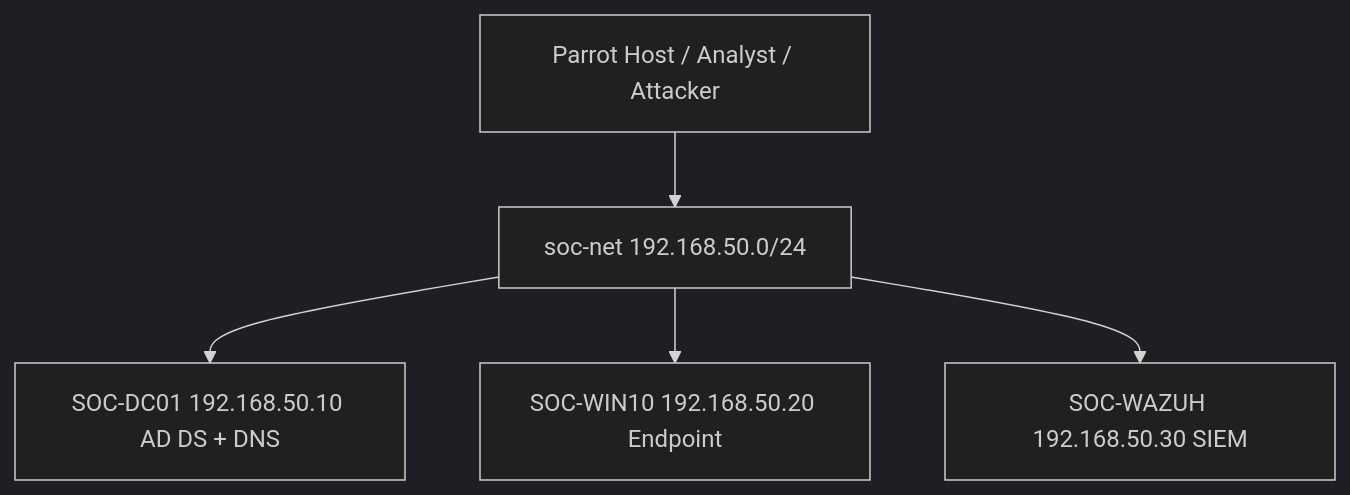
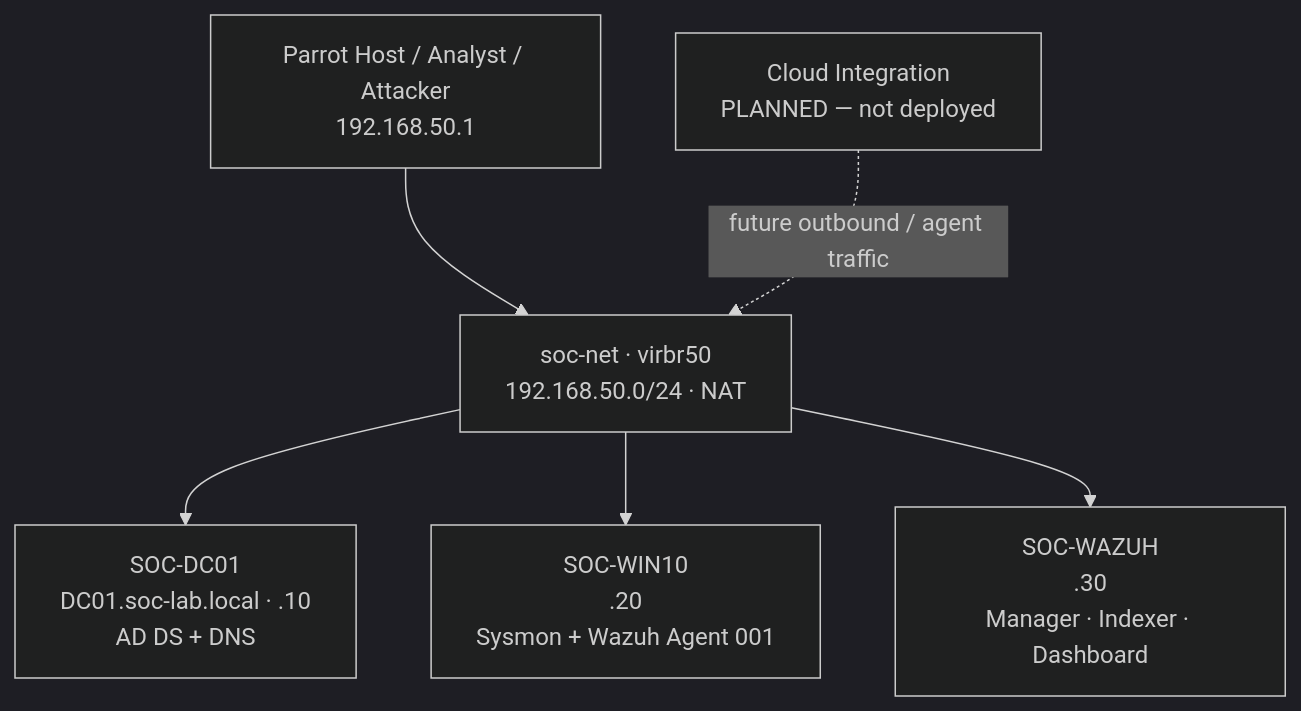
The diagram in architecture/topology.md (nnam099/enterprise-soc-detection-ir-lab), drawn with Mermaid (dark theme) before and after one commit. The commit also changed other lines of this file and 12 other files, not shown here.

````diff
--- a/architecture/topology.md
+++ b/architecture/topology.md
@@ -3,7 +3,15 @@
 ```mermaid
 flowchart TD
-    P["Parrot Host / Analyst / Attacker"] --> N["soc-net 192.168.50.0/24"]
-    N --> D["SOC-DC01 192.168.50.10 AD DS + DNS"]
-    N --> W["SOC-WIN10 192.168.50.20 Endpoint"]
-    N --> Z["SOC-WAZUH 192.168.50.30 SIEM"]
+    P["Parrot Host / Analyst / Attacker<br/>192.168.50.1"]
+    N["soc-net · virbr50<br/>192.168.50.0/24 · NAT"]
+    D["SOC-DC01<br/>DC01.soc-lab.local · .10<br/>AD DS + DNS"]
+    W["SOC-WIN10<br/>.20<br/>Sysmon + Wazuh Agent 001"]
+    Z["SOC-WAZUH<br/>.30<br/>Manager · Indexer · Dashboard"]
+    C["Cloud Integration<br/>PLANNED — not deployed"]
+
+    P --> N
+    N --> D
+    N --> W
+    N --> Z
+    C -.->|"future outbound / agent traffic"| N
 ```
````
